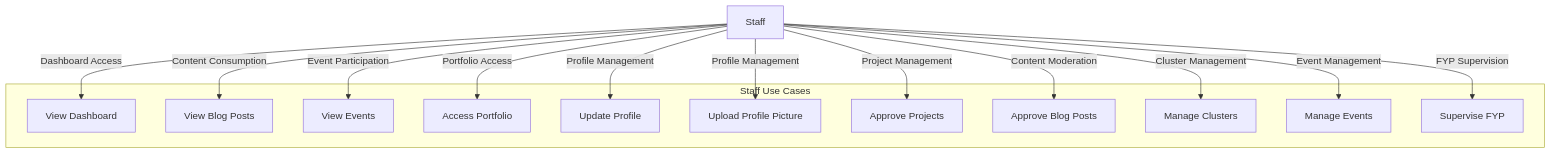
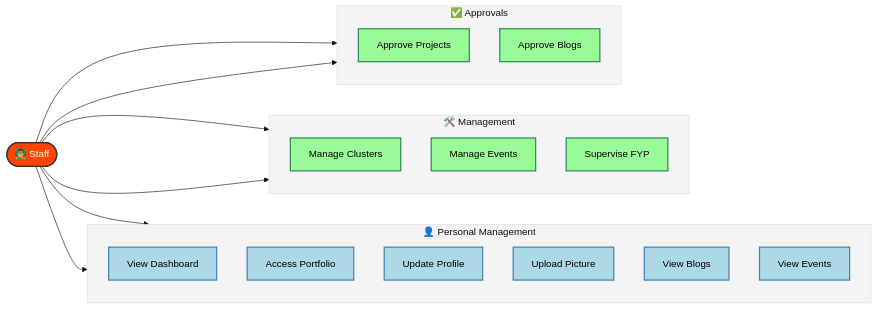
One commit to devstudentspace/fyb.swebuk changed the diagram in app/dashboard/staff/README.md. Above: the diagram before and after it, drawn with Mermaid. The commit also changed 4 other files, not shown here.

````diff
--- a/app/dashboard/staff/README.md
+++ b/app/dashboard/staff/README.md
@@ -8,29 +8,45 @@
 ```mermaid
-%%{init: {'theme': 'default'}}%%
-graph TB
-    subgraph "Staff Use Cases"
-        UC3[View Dashboard]
-        UC10[View Blog Posts]
-        UC11[View Events]
-        UC13[Access Portfolio]
-        UC14[Update Profile]
-        UC15[Upload Profile Picture]
-        UC18[Approve Projects]
-        UC19[Approve Blog Posts]
-        UC20[Manage Clusters]
-        UC21[Manage Events]
-        UC22[Supervise FYP]
+%%{init: {'theme': 'base', 'themeVariables': { 'primaryColor': '#ADD8E6', 'edgeLabelBackground':'#ffffff', 'tertiaryColor': '#f4f4f4'}}}%%
+graph LR
+    %% Styles
+    classDef actor fill:#FF4500,stroke:#333,stroke-width:2px,color:white,font-size:16px;
+    classDef usecase fill:#ADD8E6,stroke:#4682B4,stroke-width:2px,color:black,shape:rect;
+    classDef manage fill:#98FB98,stroke:#2E8B57,stroke-width:2px,color:black,shape:rect;
+
+    %% Actor
+    Staff([👨‍🏫 Staff]):::actor
+
+    %% Use Cases
+    subgraph Personal ["👤 Personal Management"]
+        direction TB
+        UC3[View Dashboard]:::usecase
+        UC13[Access Portfolio]:::usecase
+        UC14[Update Profile]:::usecase
+        UC15[Upload Picture]:::usecase
+        UC10[View Blogs]:::usecase
+        UC11[View Events]:::usecase
     end
 
-    Staff -- "Dashboard Access" --> UC3
-    Staff -- "Content Consumption" --> UC10
-    Staff -- "Event Participation" --> UC11
-    Staff -- "Portfolio Access" --> UC13
-    Staff -- "Profile Management" --> UC14
-    Staff -- "Profile Management" --> UC15
-    Staff -- "Project Management" --> UC18
-    Staff -- "Content Moderation" --> UC19
-    Staff -- "Cluster Management" --> UC20
-    Staff -- "Event Management" --> UC21
-    Staff -- "FYP Supervision" --> UC22
+    subgraph Management ["🛠️ Management"]
+        direction TB
+        UC20[Manage Clusters]:::manage
+        UC21[Manage Events]:::manage
+        UC22[Supervise FYP]:::manage
+    end
+
+    subgraph Approvals ["✅ Approvals"]
+        direction TB
+        UC18[Approve Projects]:::manage
+        UC19[Approve Blogs]:::manage
+    end
+
+    %% Connections
+    Staff --> Personal
+    Staff --> Management
+    Staff --> Approvals
+
+    %% Direct links for clarity
+    Staff --> UC3
+    Staff --> UC20
+    Staff --> UC18
 ```
````
